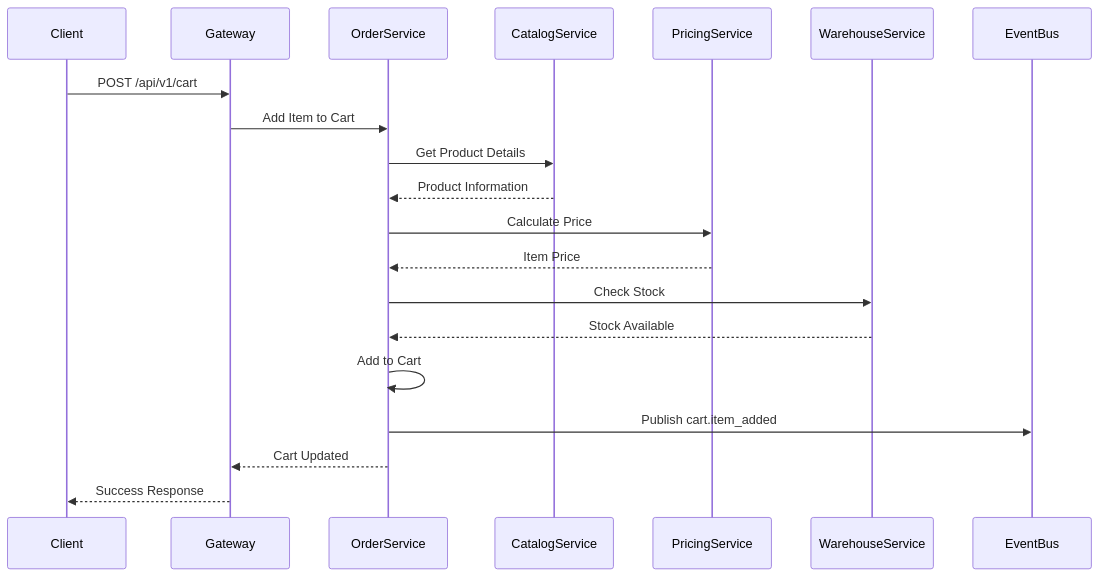
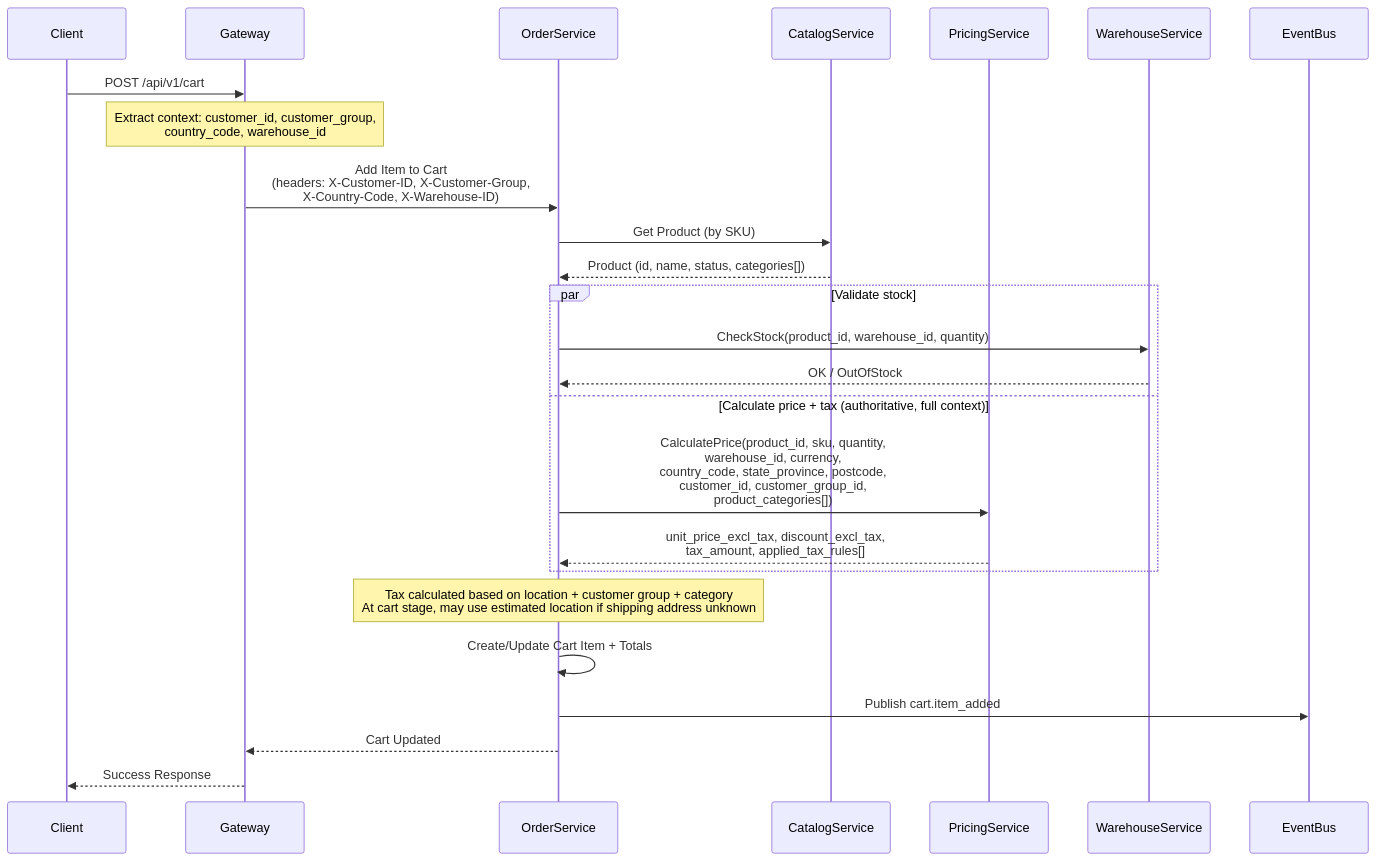
The first of 2 diagrams in processes/cart-management-process.md (vesviet/Composable-Commerce-Service-Architecture), drawn with Mermaid before and after one commit. The commit also changed other lines of this file and 19 other files, not shown here.

````diff
--- a/processes/cart-management-process.md
+++ b/processes/cart-management-process.md
@@ -59,28 +71,33 @@
 ```mermaid
 sequenceDiagram
     participant Client
     participant Gateway
     participant OrderService
     participant CatalogService
     participant PricingService
     participant WarehouseService
     participant EventBus
 
     Client->>Gateway: POST /api/v1/cart
-    Gateway->>OrderService: Add Item to Cart
-    
-    OrderService->>CatalogService: Get Product Details
-    CatalogService-->>OrderService: Product Information
-    
-    OrderService->>PricingService: Calculate Price
-    PricingService-->>OrderService: Item Price
-    
-    OrderService->>WarehouseService: Check Stock
-    WarehouseService-->>OrderService: Stock Available
-    
-    OrderService->>OrderService: Add to Cart
+    Note over Gateway: Extract context: customer_id, customer_group,<br/>country_code, warehouse_id
+    Gateway->>OrderService: Add Item to Cart<br/>(headers: X-Customer-ID, X-Customer-Group,<br/>X-Country-Code, X-Warehouse-ID)
+
+    OrderService->>CatalogService: Get Product (by SKU)
+    CatalogService-->>OrderService: Product (id, name, status, categories[])
+
+    par Validate stock
+        OrderService->>WarehouseService: CheckStock(product_id, warehouse_id, quantity)
+        WarehouseService-->>OrderService: OK / OutOfStock
+    and Calculate price + tax (authoritative, full context)
+        OrderService->>PricingService: CalculatePrice(product_id, sku, quantity,<br/>warehouse_id, currency,<br/>country_code, state_province, postcode,<br/>customer_id, customer_group_id,<br/>product_categories[])
+        PricingService-->>OrderService: unit_price_excl_tax, discount_excl_tax,<br/>tax_amount, applied_tax_rules[]
+    end
+
+    Note over OrderService: Tax calculated based on location + customer group + category<br/>At cart stage, may use estimated location if shipping address unknown
+
+    OrderService->>OrderService: Create/Update Cart Item + Totals
     OrderService->>EventBus: Publish cart.item_added
-    
+
     OrderService-->>Gateway: Cart Updated
     Gateway-->>Client: Success Response
 ```
````
